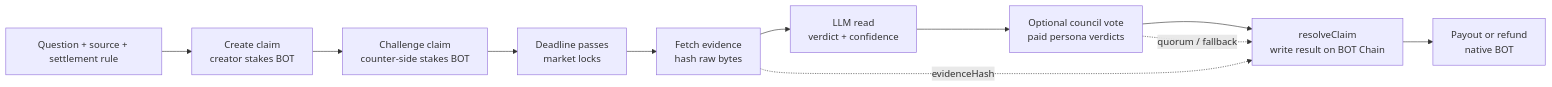
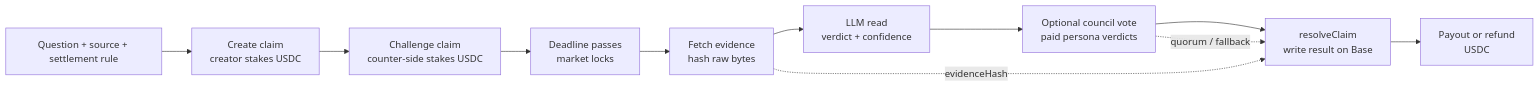
One commit to enliven17/mimir-base changed the third of 11 diagrams in README.md. Above: the diagram before and after it, drawn with Mermaid. The commit also changed other lines of this file and 3 other files, not shown here.

First line of the commit message:
docs(readme): Base/USDC/x402 rewrite; fix build under the new stack

````diff
--- a/README.md
+++ b/README.md
@@ -157,16 +174,16 @@
 ```mermaid
 flowchart LR
     Q[Question + source + settlement rule]
-    C[Create claim<br/>creator stakes BOT]
-    B[Challenge claim<br/>counter-side stakes BOT]
+    C[Create claim<br/>creator stakes USDC]
+    B[Challenge claim<br/>counter-side stakes USDC]
     D[Deadline passes<br/>market locks]
     E[Fetch evidence<br/>hash raw bytes]
     L[LLM read<br/>verdict + confidence]
     J[Optional council vote<br/>paid persona verdicts]
-    R[resolveClaim<br/>write result on BOT Chain]
-    P[Payout or refund<br/>native BOT]
+    R[resolveClaim<br/>write result on Base]
+    P[Payout or refund<br/>USDC]
 
     Q --> C --> B --> D --> E --> L --> J --> R --> P
     E -. evidenceHash .-> R
     J -. quorum / fallback .-> R
 ```
````
